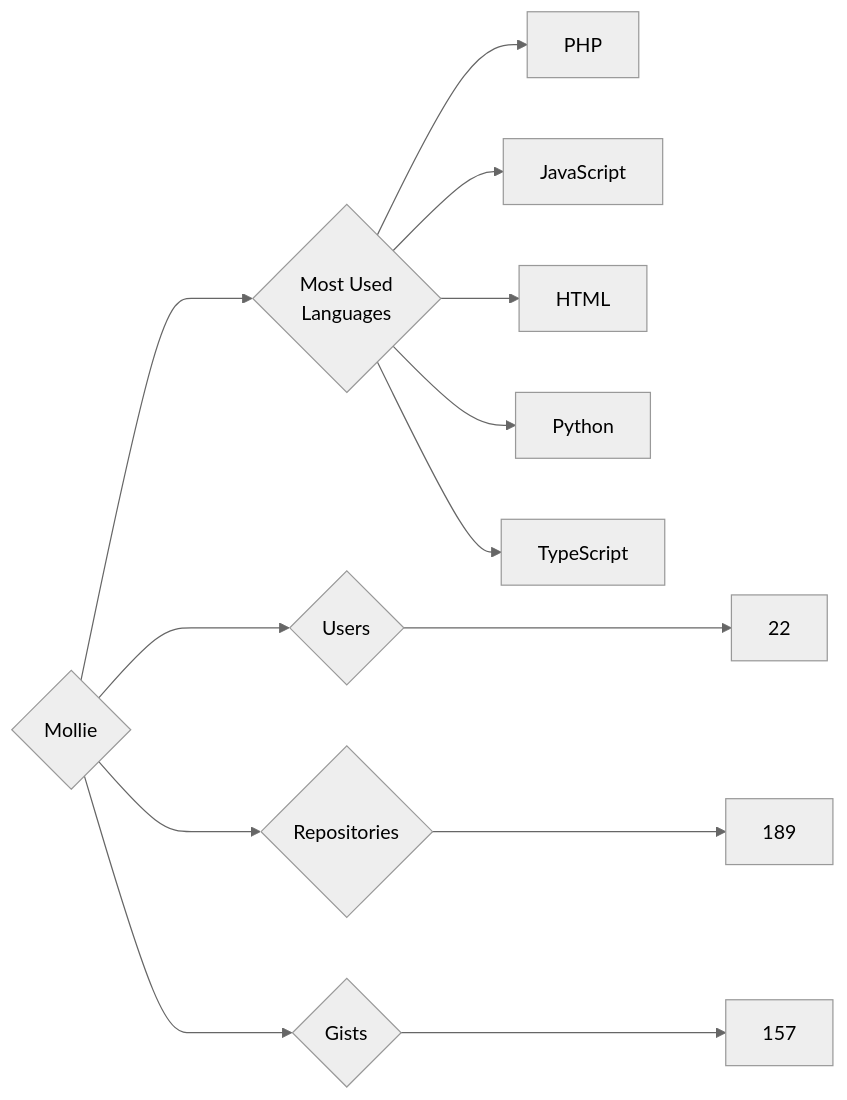
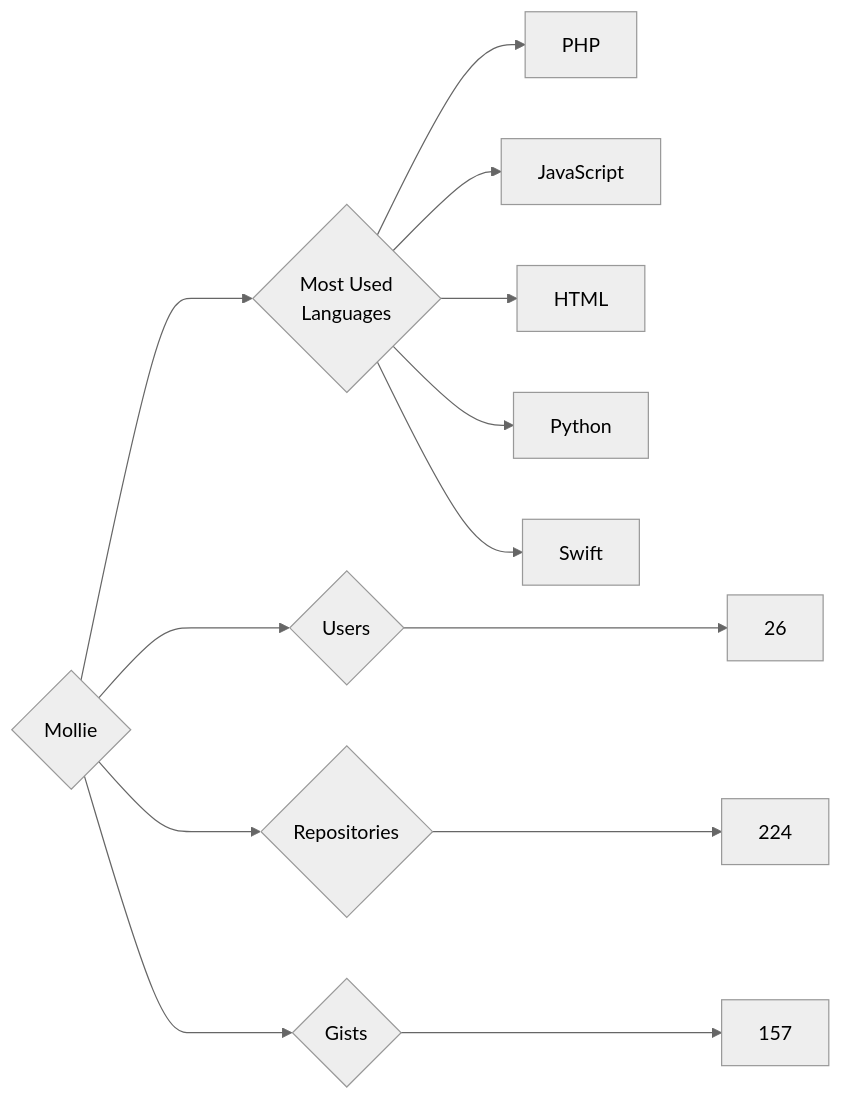
Before and after one commit to trickest/insiders: the diagram in targets/Mollie/README.md, drawn with Mermaid (neutral theme). The commit also changed 823 other files, not shown here.

````diff
--- a/targets/Mollie/README.md
+++ b/targets/Mollie/README.md
@@ -3,13 +3,13 @@
 ```mermaid
 graph LR
 COMPANY_NAME{Mollie}
-COMPANY_NAME ---> U{Users} ---> UN[22]
-COMPANY_NAME ---> R{Repositories} ---> RN[189]
+COMPANY_NAME ---> U{Users} ---> UN[26]
+COMPANY_NAME ---> R{Repositories} ---> RN[224]
 COMPANY_NAME ---> G{Gists} ---> GN[157]
 COMPANY_NAME ---> ML{Most Used<br>Languages}
 ML --> PHP[PHP]
 ML --> JavaScript[JavaScript]
 ML --> HTML[HTML]
 ML --> Python[Python]
-ML --> TypeScript[TypeScript]
+ML --> Swift[Swift]
 ```
````
